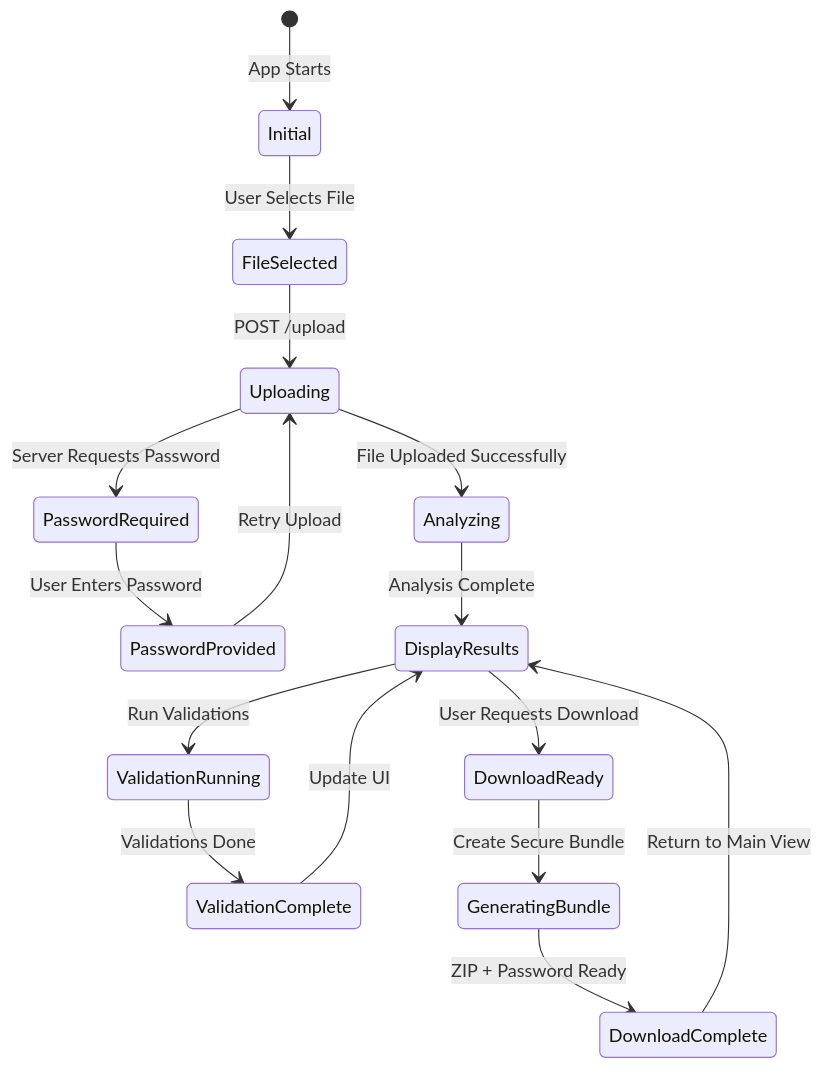
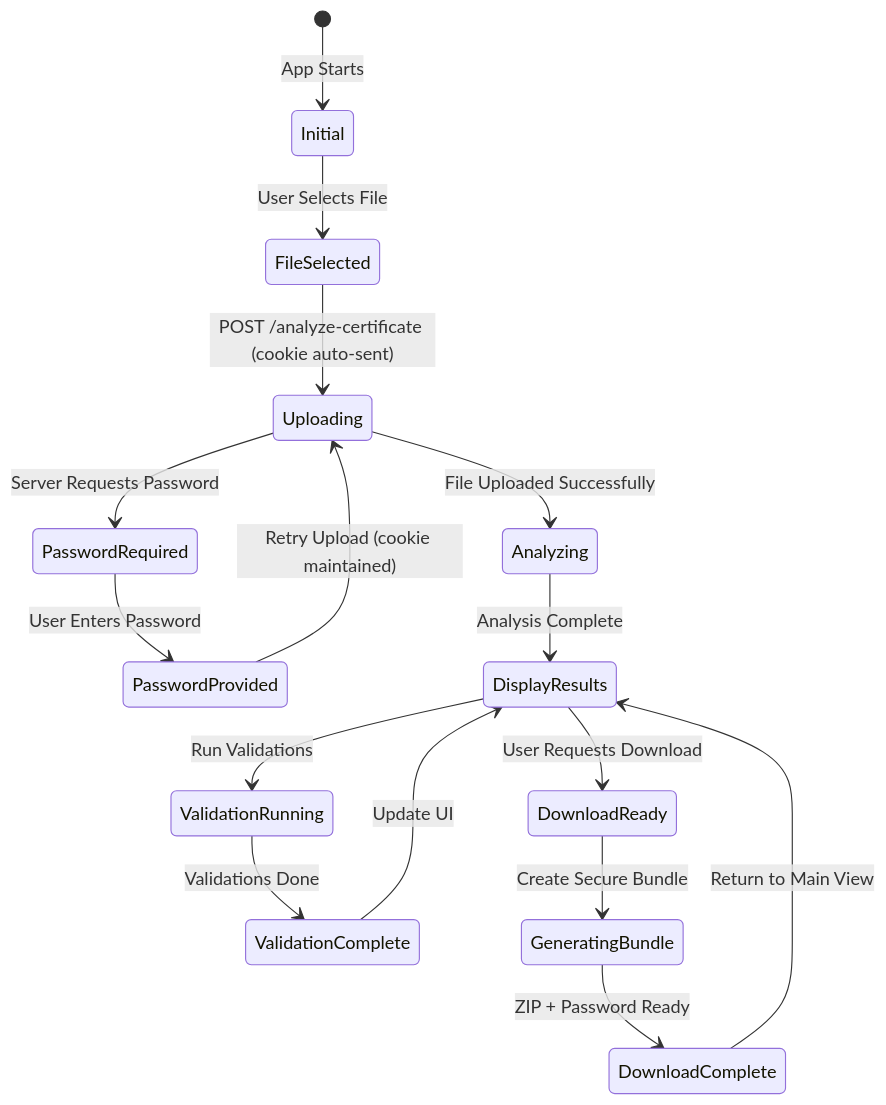
The eighth of 11 diagrams in TECHNICAL.md (fuhdan/certificate-tools), drawn with Mermaid before and after one commit. The commit also changed other lines of this file and 1 other file, not shown here.

````diff
--- a/TECHNICAL.md
+++ b/TECHNICAL.md
@@ -763,18 +889,18 @@
 ```mermaid
 stateDiagram-v2
     [*] --> Initial: App Starts
     Initial --> FileSelected: User Selects File
-    FileSelected --> Uploading: POST /upload
+    FileSelected --> Uploading: POST /analyze-certificate (cookie auto-sent)
     Uploading --> PasswordRequired: Server Requests Password
     Uploading --> Analyzing: File Uploaded Successfully
     PasswordRequired --> PasswordProvided: User Enters Password
-    PasswordProvided --> Uploading: Retry Upload
+    PasswordProvided --> Uploading: Retry Upload (cookie maintained)
     Analyzing --> DisplayResults: Analysis Complete
     DisplayResults --> ValidationRunning: Run Validations
     ValidationRunning --> ValidationComplete: Validations Done
     ValidationComplete --> DisplayResults: Update UI
     DisplayResults --> DownloadReady: User Requests Download
     DownloadReady --> GeneratingBundle: Create Secure Bundle
     GeneratingBundle --> DownloadComplete: ZIP + Password Ready
     DownloadComplete --> DisplayResults: Return to Main View
 ```
````
